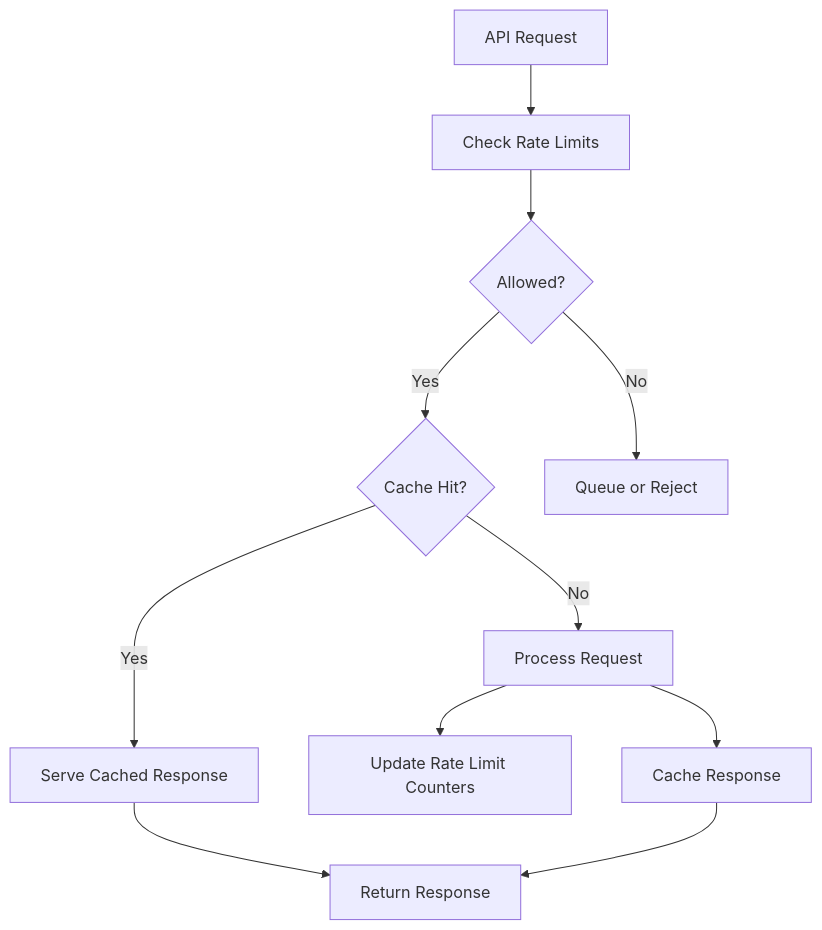
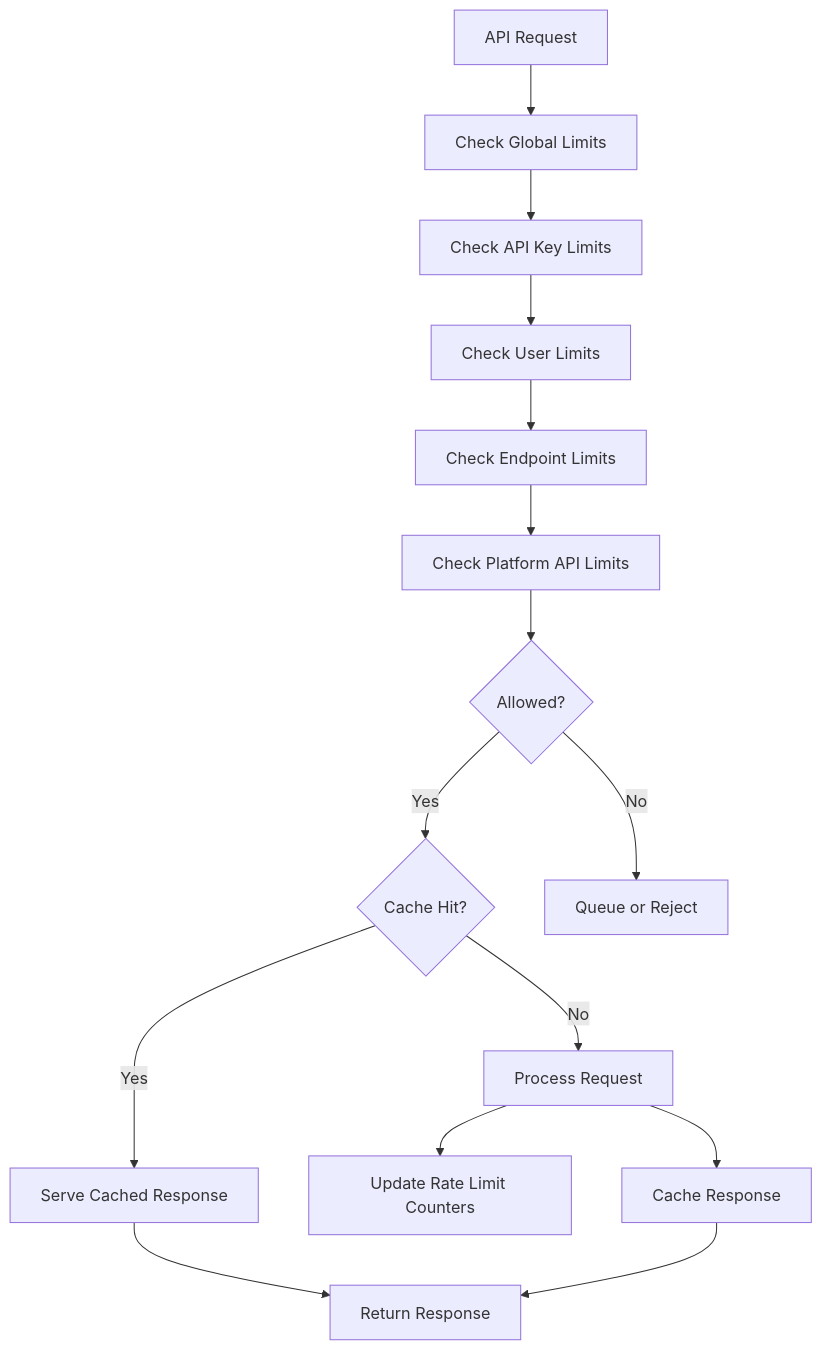
The eighth of 17 diagrams in memory-bank/systemPatterns.md (open-crosspost/open-crosspost-proxy-service), drawn with Mermaid before and after one commit. The commit also changed other lines of this file and 87 other files, not shown here.

````diff
--- a/memory-bank/systemPatterns.md
+++ b/memory-bank/systemPatterns.md
@@ -94,16 +131,21 @@
 ```mermaid
 flowchart TD
-    Request[API Request] --> RateLimitCheck[Check Rate Limits]
-    RateLimitCheck --> Allowed{Allowed?}
+    Request[API Request] --> GlobalLimit[Check Global Limits]
+    GlobalLimit --> KeyLimit[Check API Key Limits]
+    KeyLimit --> UserLimit[Check User Limits]
+    UserLimit --> EndpointLimit[Check Endpoint Limits]
+    EndpointLimit --> PlatformLimit[Check Platform API Limits]
+    
+    PlatformLimit --> Allowed{Allowed?}
     Allowed -->|Yes| CacheCheck{Cache Hit?}
     Allowed -->|No| QueueOrReject[Queue or Reject]
     
     CacheCheck -->|Yes| ServeFromCache[Serve Cached Response]
     CacheCheck -->|No| ProcessRequest[Process Request]
     
     ProcessRequest --> UpdateLimits[Update Rate Limit Counters]
     ProcessRequest --> CacheResponse[Cache Response]
     
     ServeFromCache --> ReturnResponse[Return Response]
     CacheResponse --> ReturnResponse
 ```
````
